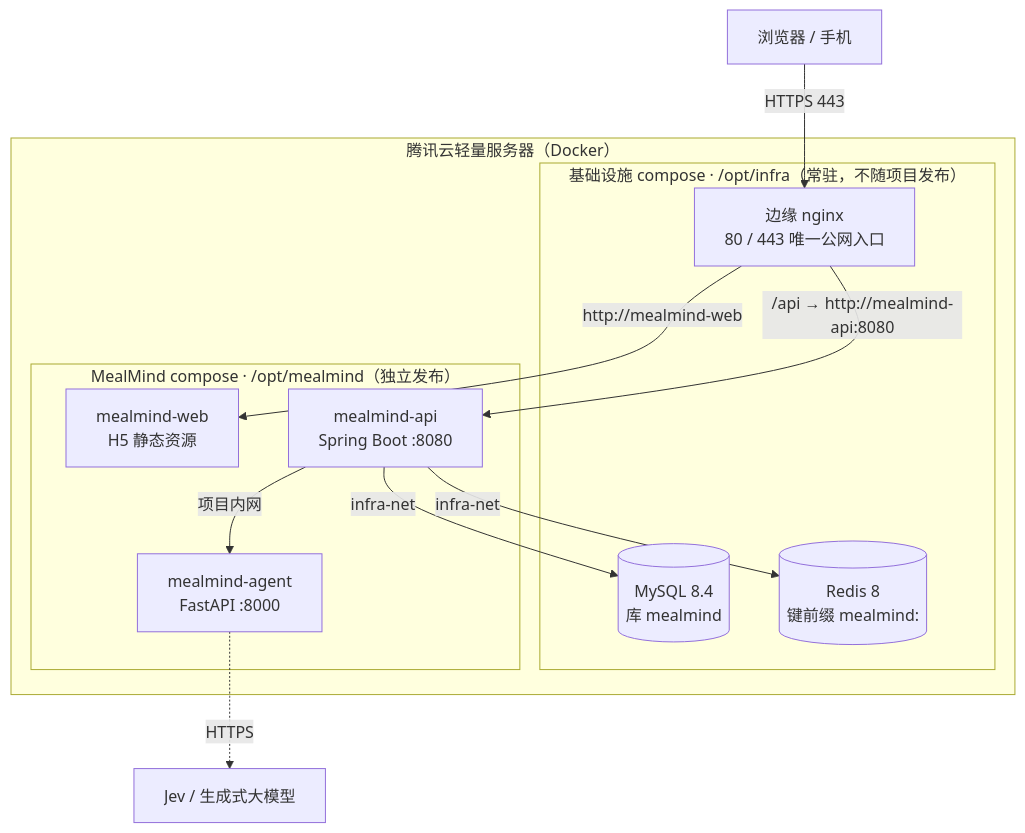
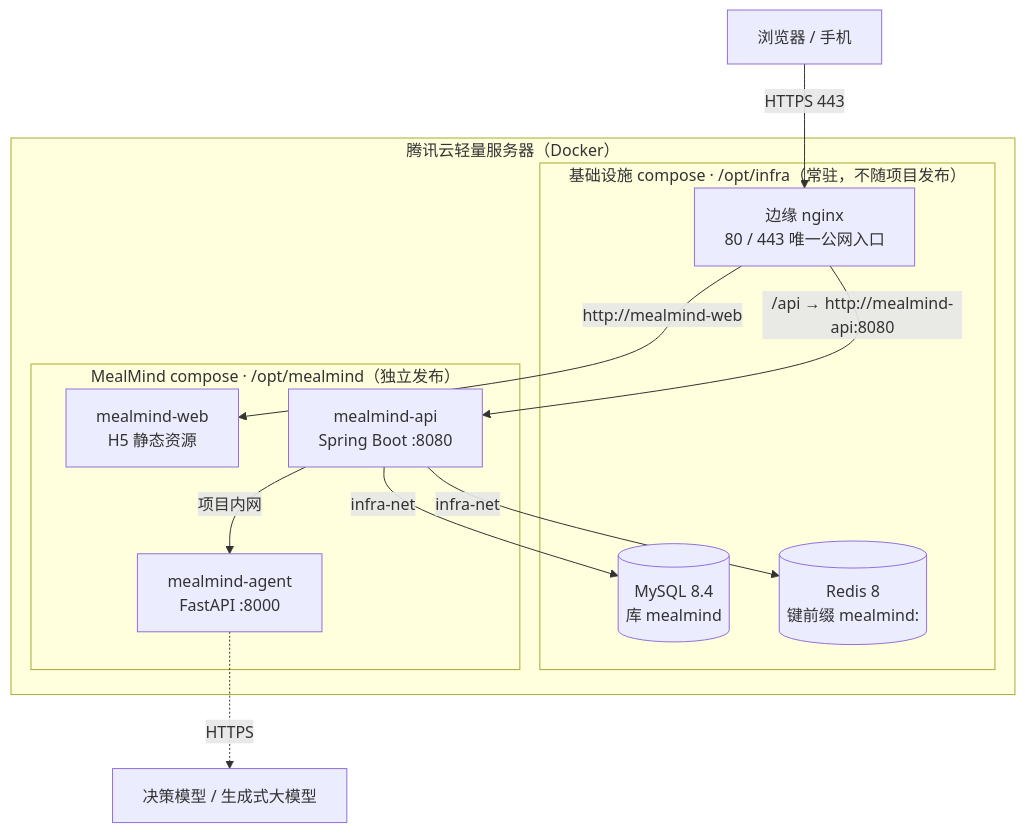
The seventh of 7 diagrams in docs/tech-design.md (yanghheda/mealmind), drawn with Mermaid before and after one commit. The commit also changed other lines of this file and 2 other files, not shown here.

````diff
--- a/docs/tech-design.md
+++ b/docs/tech-design.md
@@ -737,25 +737,25 @@
 ```mermaid
 graph TB
     U["浏览器 / 手机"]
 
     subgraph Host["腾讯云轻量服务器（Docker）"]
         subgraph Infra["基础设施 compose · /opt/infra（常驻，不随项目发布）"]
             N["边缘 nginx<br/>80 / 443 唯一公网入口"]
             M[("MySQL 8.4<br/>库 mealmind")]
             R[("Redis 8<br/>键前缀 mealmind:")]
         end
         subgraph MM["MealMind compose · /opt/mealmind（独立发布）"]
             W["mealmind-web<br/>H5 静态资源"]
             B["mealmind-api<br/>Spring Boot :8080"]
             A["mealmind-agent<br/>FastAPI :8000"]
         end
     end
 
     U -->|"HTTPS 443"| N
     N -->|"http://mealmind-web"| W
     N -->|"/api → http://mealmind-api:8080"| B
     B -->|"项目内网"| A
     B -->|"infra-net"| M
     B -->|"infra-net"| R
-    A -.->|"HTTPS"| EXT["Jev / 生成式大模型"]
+    A -.->|"HTTPS"| EXT["决策模型 / 生成式大模型"]
 ```
````
